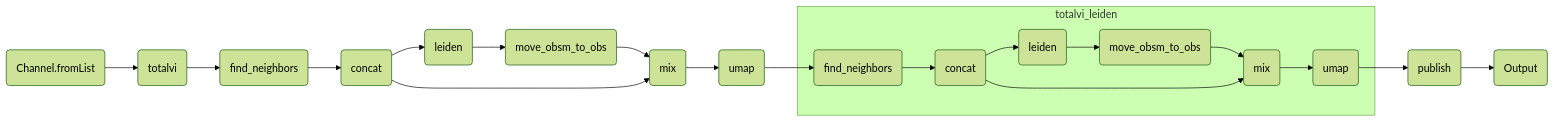
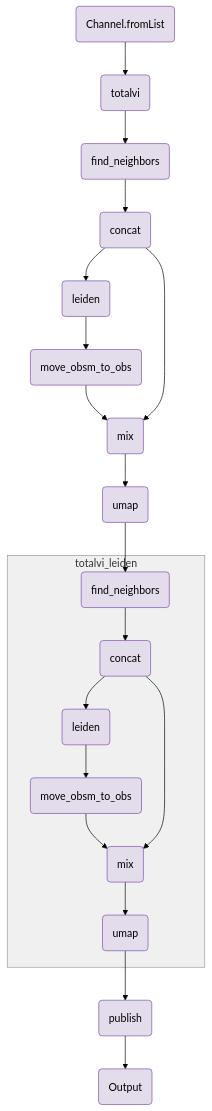
The diagram in components/workflows/integration/totalvi_leiden.qmd (openpipelines-bio/website), drawn with Mermaid (forest theme) before and after one commit. The commit also changed 21 other files, not shown here.

````diff
--- a/components/workflows/integration/totalvi_leiden.qmd
+++ b/components/workflows/integration/totalvi_leiden.qmd
@@ -209,40 +209,56 @@
 ```{mermaid}
-%%| column: screen-inset-shaded
-flowchart LR
+flowchart TB
     v0(Channel.fromList)
     v18(totalvi)
     v50(concat)
     v39(find_neighbors)
     v60(leiden)
     v80(move_obsm_to_obs)
     v93(mix)
     v102(umap)
     v206(publish)
     v233(Output)
-    subgraph totalvi_leiden
+    subgraph group_totalvi_leiden [totalvi_leiden]
         v134(concat)
         v123(find_neighbors)
         v144(leiden)
         v164(move_obsm_to_obs)
         v177(mix)
         v186(umap)
     end
     v0-->v18
     v18-->v39
     v39-->v50
     v50-->v60
     v60-->v80
     v80-->v93
     v50-->v93
     v93-->v102
     v102-->v123
     v123-->v134
     v134-->v144
     v144-->v164
     v164-->v177
     v134-->v177
     v177-->v186
     v186-->v206
     v206-->v233
+    style group_totalvi_leiden fill:#F0F0F0,stroke:#969696;
+    style v0 fill:#e3dcea,stroke:#7a4baa;
+    style v18 fill:#e3dcea,stroke:#7a4baa;
+    style v50 fill:#e3dcea,stroke:#7a4baa;
+    style v39 fill:#e3dcea,stroke:#7a4baa;
+    style v60 fill:#e3dcea,stroke:#7a4baa;
+    style v80 fill:#e3dcea,stroke:#7a4baa;
+    style v93 fill:#e3dcea,stroke:#7a4baa;
+    style v102 fill:#e3dcea,stroke:#7a4baa;
+    style v134 fill:#e3dcea,stroke:#7a4baa;
+    style v123 fill:#e3dcea,stroke:#7a4baa;
+    style v144 fill:#e3dcea,stroke:#7a4baa;
+    style v164 fill:#e3dcea,stroke:#7a4baa;
+    style v177 fill:#e3dcea,stroke:#7a4baa;
+    style v186 fill:#e3dcea,stroke:#7a4baa;
+    style v206 fill:#e3dcea,stroke:#7a4baa;
+    style v233 fill:#e3dcea,stroke:#7a4baa;
 
 ```
````
